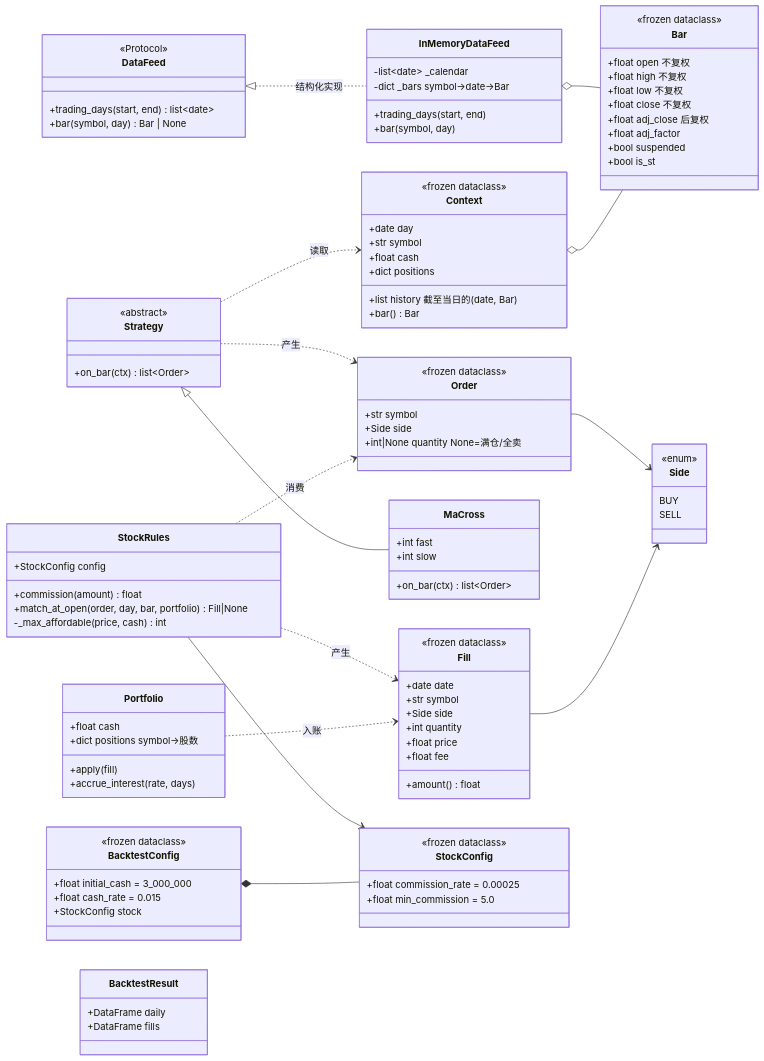
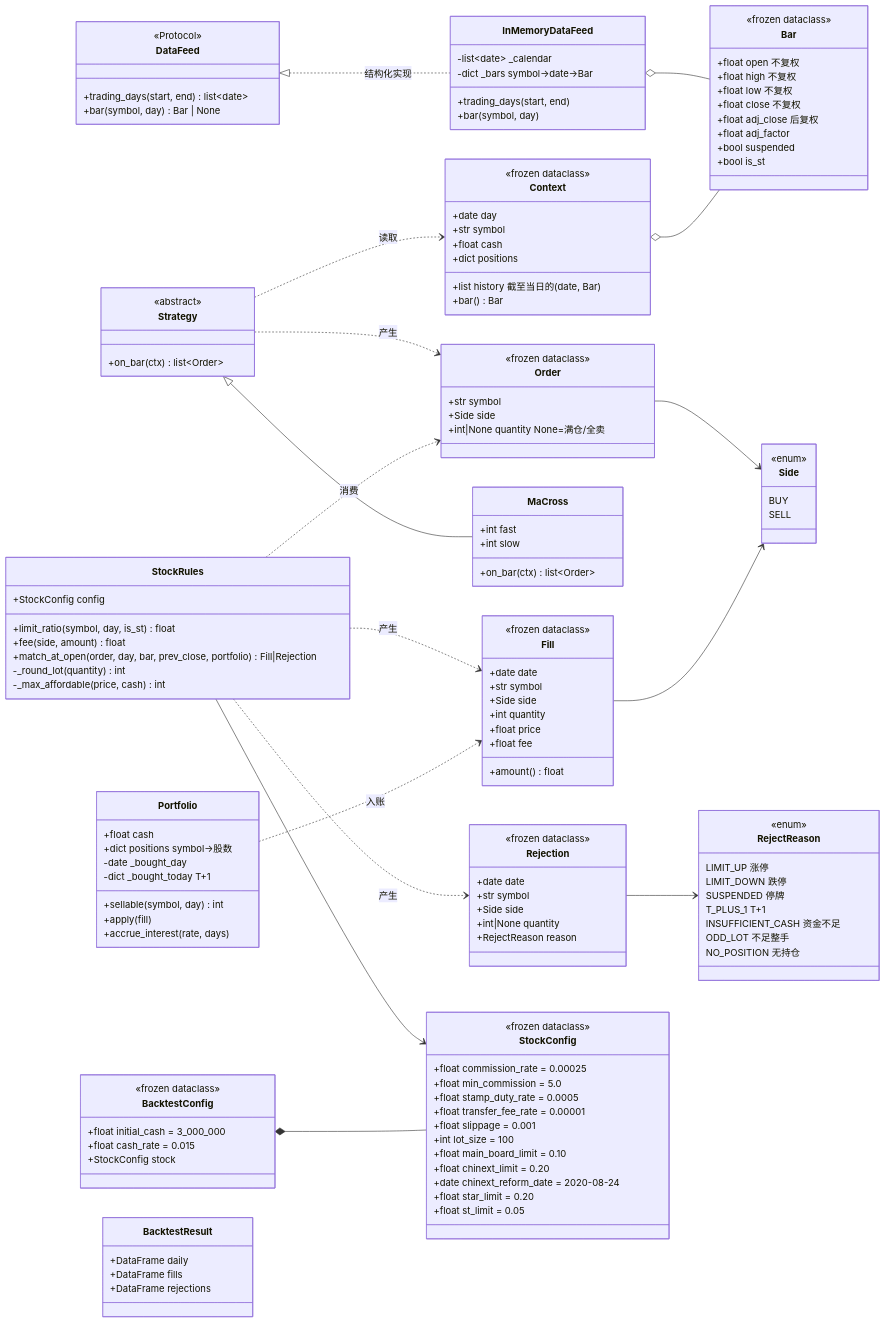
Before and after one commit to guevara12345/quant: the third of 23 diagrams in docs/code-walkthrough.md, drawn with Mermaid. The commit also changed other lines of this file and 16 other files, not shown here.

````diff
--- a/docs/code-walkthrough.md
+++ b/docs/code-walkthrough.md
@@ -219,9 +222,32 @@
         +amount() float
     }
 
+    class RejectReason {
+        <<enum>>
+        LIMIT_UP 涨停
+        LIMIT_DOWN 跌停
+        SUSPENDED 停牌
+        T_PLUS_1 T+1
+        INSUFFICIENT_CASH 资金不足
+        ODD_LOT 不足整手
+        NO_POSITION 无持仓
+    }
+
+    class Rejection {
+        <<frozen dataclass>>
+        +date date
+        +str symbol
+        +Side side
+        +int|None quantity
+        +RejectReason reason
+    }
+
     class Portfolio {
         +float cash
         +dict positions  symbol→股数
+        -date _bought_day
+        -dict _bought_today  T+1
+        +sellable(symbol, day) int
         +apply(fill)
         +accrue_interest(rate, days)
     }
@@ -230,12 +256,23 @@
         <<frozen dataclass>>
         +float commission_rate = 0.00025
         +float min_commission = 5.0
+        +float stamp_duty_rate = 0.0005
+        +float transfer_fee_rate = 0.00001
+        +float slippage = 0.001
+        +int lot_size = 100
+        +float main_board_limit = 0.10
+        +float chinext_limit = 0.20
+        +date chinext_reform_date = 2020-08-24
+        +float star_limit = 0.20
+        +float st_limit = 0.05
     }
 
     class StockRules {
         +StockConfig config
-        +commission(amount) float
-        +match_at_open(order, day, bar, portfolio) Fill|None
+        +limit_ratio(symbol, day, is_st) float
+        +fee(side, amount) float
+        +match_at_open(order, day, bar, prev_close, portfolio) Fill|Rejection
+        -_round_lot(quantity) int
         -_max_affordable(price, cash) int
     }
 
@@ -249,6 +286,7 @@
     class BacktestResult {
         +DataFrame daily
         +DataFrame fills
+        +DataFrame rejections
     }
 
     DataFeed <|.. InMemoryDataFeed : 结构化实现
@@ -262,6 +300,8 @@
     StockRules --> StockConfig
     StockRules ..> Order : 消费
     StockRules ..> Fill : 产生
+    StockRules ..> Rejection : 产生
+    Rejection --> RejectReason
     Portfolio ..> Fill : 入账
     BacktestConfig *-- StockConfig
 ```
````
